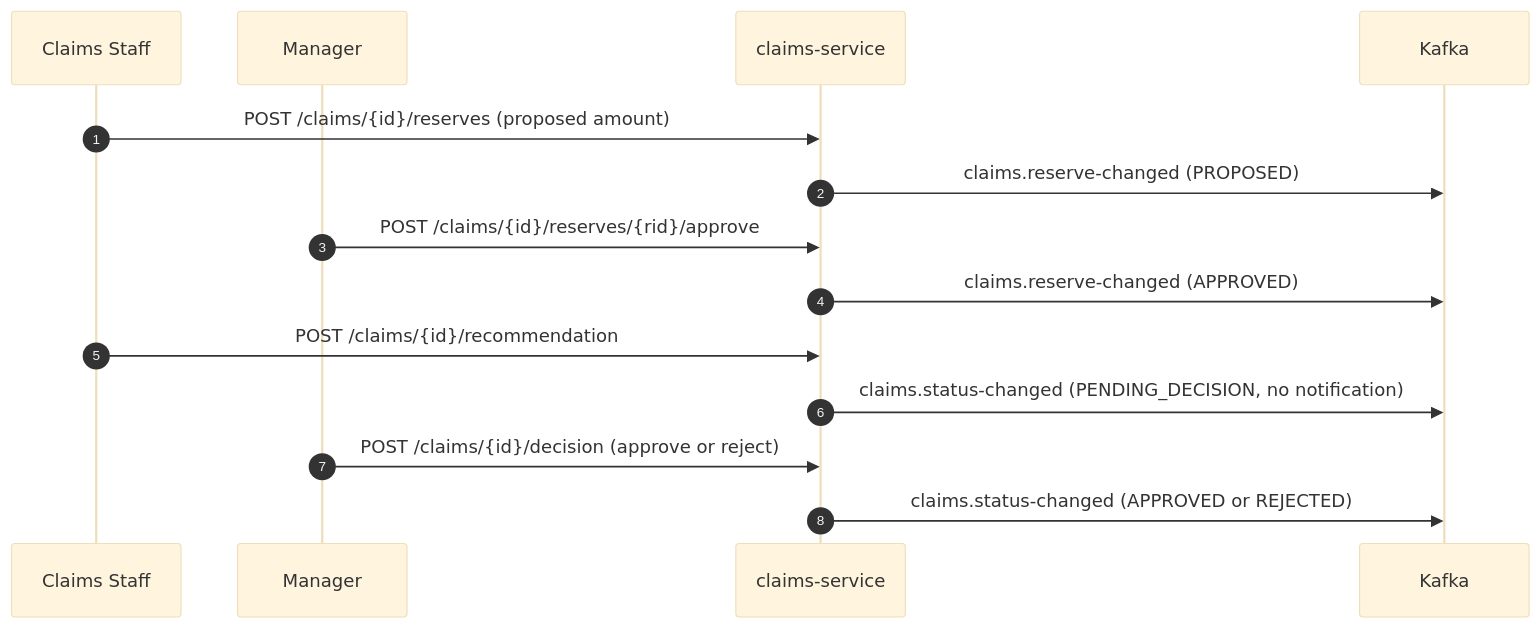
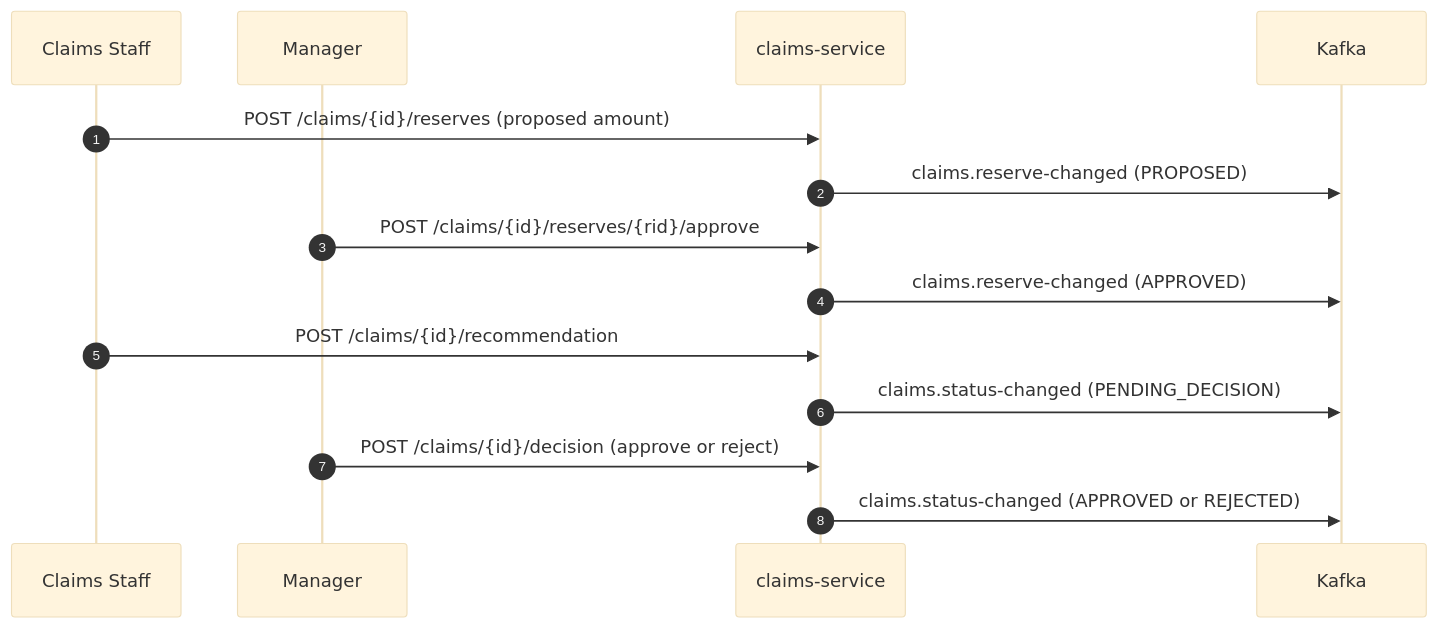
The diagram in docs/reserves-and-decisions.md (shruthi-va/backend-shruthi), drawn with Mermaid (base theme) before and after one commit. The commit also changed 46 other files, not shown here.

````diff
--- a/docs/reserves-and-decisions.md
+++ b/docs/reserves-and-decisions.md
@@ -5,17 +5,17 @@
 ```mermaid
 sequenceDiagram
     autonumber
     participant S as Claims Staff
     participant M as Manager
     participant CL as claims-service
     participant K as Kafka
 
     S->>CL: POST /claims/{id}/reserves (proposed amount)
     CL->>K: claims.reserve-changed (PROPOSED)
     M->>CL: POST /claims/{id}/reserves/{rid}/approve
     CL->>K: claims.reserve-changed (APPROVED)
     S->>CL: POST /claims/{id}/recommendation
-    CL->>K: claims.status-changed (PENDING_DECISION, no notification)
+    CL->>K: claims.status-changed (PENDING_DECISION)
     M->>CL: POST /claims/{id}/decision (approve or reject)
     CL->>K: claims.status-changed (APPROVED or REJECTED)
 ```
````
